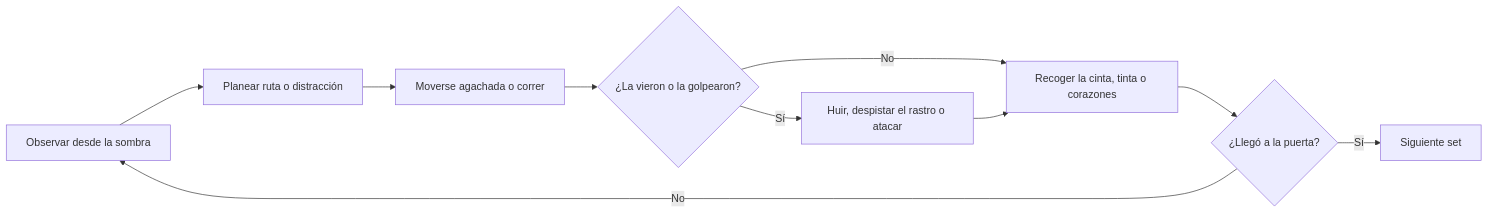
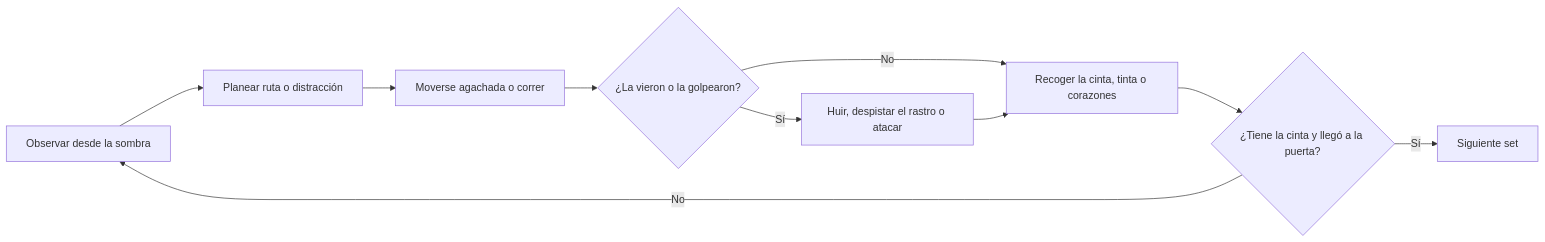
The diagram in content/es/01-jugabilidad.md (DannieLudens/last-frame-gdd), drawn with Mermaid before and after one commit. The commit also changed other lines of this file and 20 other files, not shown here.

````diff
--- a/content/es/01-jugabilidad.md
+++ b/content/es/01-jugabilidad.md
@@ -31,12 +31,12 @@
 ```mermaid
 flowchart LR
   A[Observar desde la sombra] --> B[Planear ruta o distracción]
   B --> C[Moverse agachada o correr]
   C --> D{¿La vieron o la golpearon?}
   D -- No --> E[Recoger la cinta, tinta o corazones]
   D -- Sí --> F[Huir, despistar el rastro o atacar]
   F --> E
-  E --> G{¿Llegó a la puerta?}
+  E --> G{¿Tiene la cinta y llegó a la puerta?}
   G -- No --> A
   G -- Sí --> H[Siguiente set]
 ```
````
